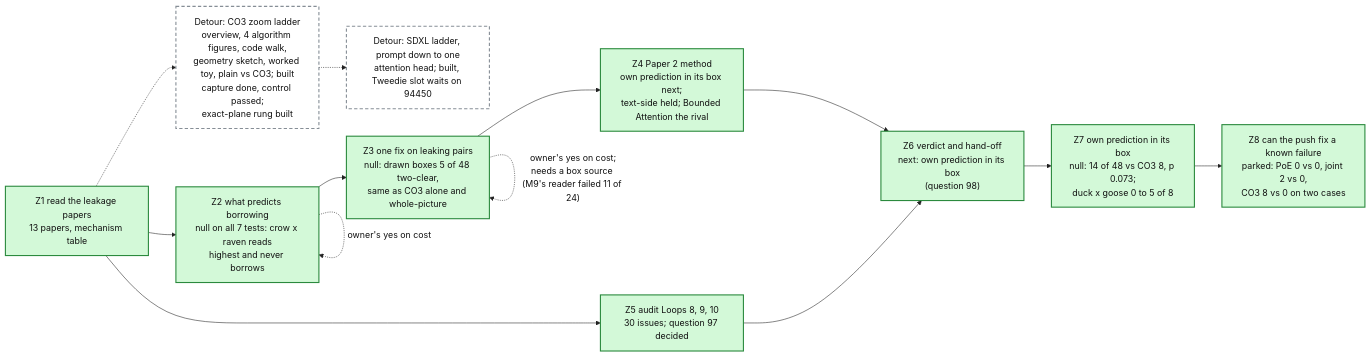
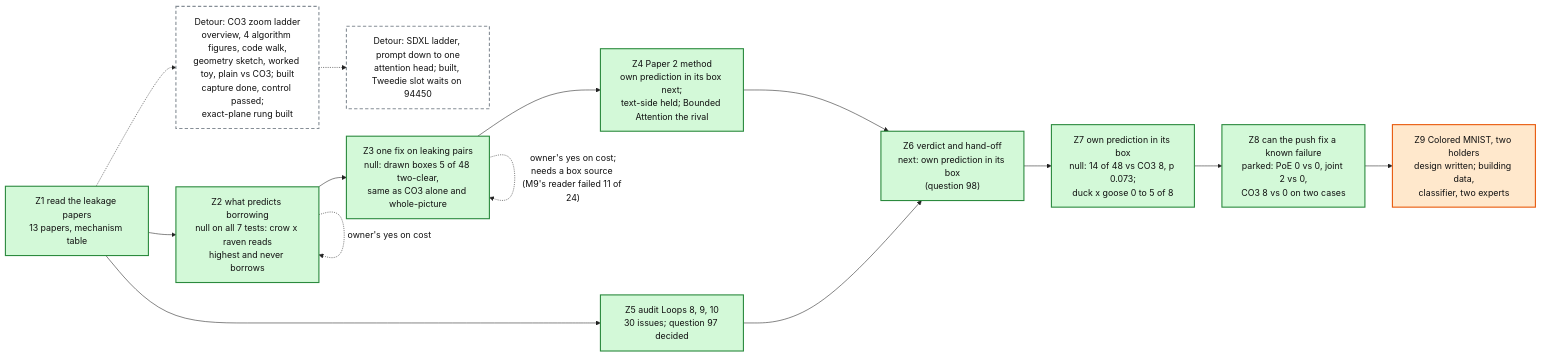
One commit to mo-rsa24/concept-composition changed the diagram in artifacts/notes/progress/leakage/loop-12-progress.mmd. Above: the diagram before and after it, drawn with Mermaid. The commit also changed 1 other file, not shown here.

```diff
--- a/artifacts/notes/progress/leakage/loop-12-progress.mmd
+++ b/artifacts/notes/progress/leakage/loop-12-progress.mmd
@@ -1,24 +1,26 @@
 %%{init: {'theme': 'base', 'themeVariables': {'fontFamily': 'monospace', 'primaryColor': '#ffffff', 'primaryBorderColor': '#222222', 'primaryTextColor': '#111111', 'lineColor': '#222222'}}}%%
 flowchart LR
   Z1["Z1 read the leakage papers<br/>13 papers, mechanism table"]:::done
   Z2["Z2 what predicts borrowing<br/>null on all 7 tests: crow x raven reads<br/>highest and never borrows"]:::done
   Z3["Z3 one fix on leaking pairs<br/>null: drawn boxes 5 of 48 two-clear,<br/>same as CO3 alone and whole-picture"]:::done
   Z4["Z4 Paper 2 method<br/>own prediction in its box next;<br/>text-side held; Bounded Attention the rival"]:::done
   Z5["Z5 audit Loops 8, 9, 10<br/>30 issues; question 97 decided"]:::done
   Z6["Z6 verdict and hand-off<br/>next: own prediction in its box<br/>(question 98)"]:::done
   LAD["Detour: CO3 zoom ladder<br/>overview, 4 algorithm figures, code walk,<br/>geometry sketch, worked toy, plain vs CO3; built<br/>capture done, control passed;<br/>exact-plane rung built"]:::detour
   Z1 -.-> LAD
   SDX["Detour: SDXL ladder, prompt down to one<br/>attention head; built, Tweedie slot waits on 94450"]:::detour
   LAD -.-> SDX
   Z1 --> Z2 --> Z3 --> Z4 --> Z6
   Z1 --> Z5 --> Z6
   Z2 -. "owner's yes on cost" .-> Z2
   Z3 -. "owner's yes on cost;<br/>needs a box source (M9's reader failed 11 of 24)" .-> Z3
   Z7["Z7 own prediction in its box<br/>null: 14 of 48 vs CO3 8, p 0.073;<br/>duck x goose 0 to 5 of 8"]:::done
   Z6 --> Z7
   Z8["Z8 can the push fix a known failure<br/>parked: PoE 0 vs 0, joint 2 vs 0,<br/>CO3 8 vs 0 on two cases"]:::done
   Z7 --> Z8
+  Z9["Z9 Colored MNIST, two holders<br/>design written; building data,<br/>classifier, two experts"]:::doing
+  Z8 --> Z9
   classDef done fill:#d3f9d8,stroke:#2b8a3e,stroke-width:2px
   classDef doing fill:#ffe8cc,stroke:#e8590c,stroke-width:2px
   classDef detour fill:#ffffff,stroke:#868e96,stroke-width:2px,stroke-dasharray: 6 4
   classDef todo fill:#f1f3f5,stroke:#868e96,stroke-width:2px
```
